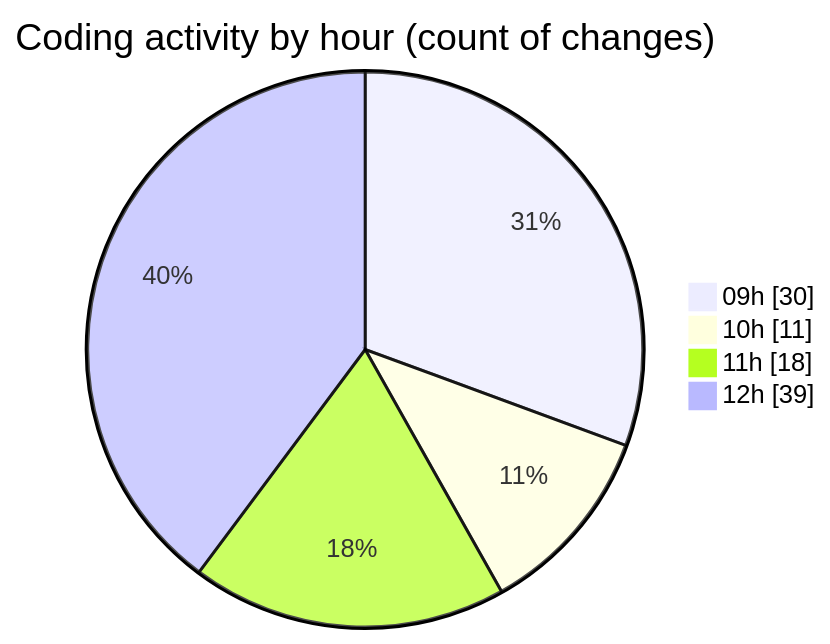
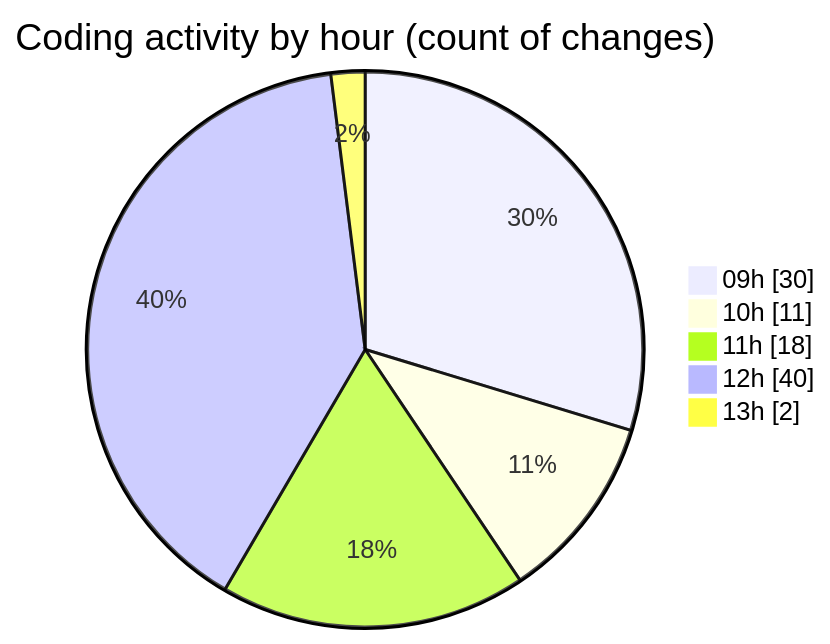
Before and after one commit to momahboobian/code-tracking: the second of 2 diagrams in 2025-03-05/cda/README.md, drawn with Mermaid. The commit also changed other lines of this file and 1 other file, not shown here.

````diff
--- a/2025-03-05/cda/README.md
+++ b/2025-03-05/cda/README.md
@@ -59,8 +59,9 @@
 ```mermaid
 pie showData
 title Coding activity by hour (count of changes)
 "09h" : 30
 "10h" : 11
 "11h" : 18
-"12h" : 39
+"12h" : 40
+"13h" : 2
 ```
````
